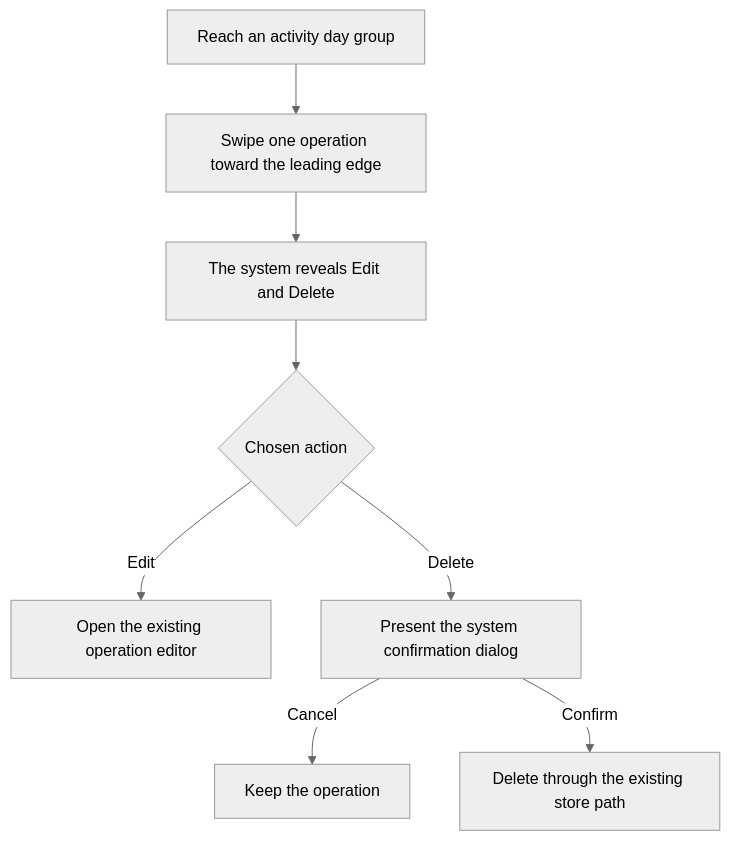
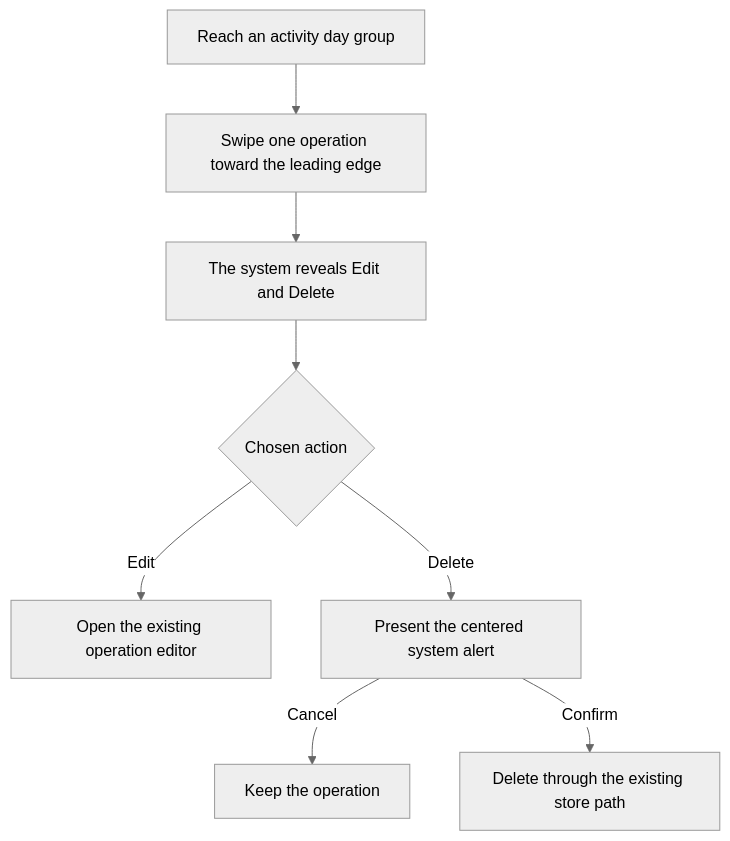
One commit to neogenz/pulpe changed the first of 2 diagrams in aidd_docs/tasks/2026_08/2026_08_25_ios-native-home-swipe/phase-2.md. Above: the diagram before and after it, drawn with Mermaid (neutral theme). The commit also changed other lines of this file and 3 other files, not shown here.

````diff
--- a/aidd_docs/tasks/2026_08/2026_08_25_ios-native-home-swipe/phase-2.md
+++ b/aidd_docs/tasks/2026_08/2026_08_25_ios-native-home-swipe/phase-2.md
@@ -29,10 +29,10 @@
 ```mermaid
 flowchart TD
   A[Reach an activity day group] --> B[Swipe one operation toward the leading edge]
   B --> C[The system reveals Edit and Delete]
   C --> D{Chosen action}
   D -- Edit --> E[Open the existing operation editor]
-  D -- Delete --> F[Present the system confirmation dialog]
+  D -- Delete --> F[Present the centered system alert]
   F -- Cancel --> G[Keep the operation]
   F -- Confirm --> H[Delete through the existing store path]
 ```
````
